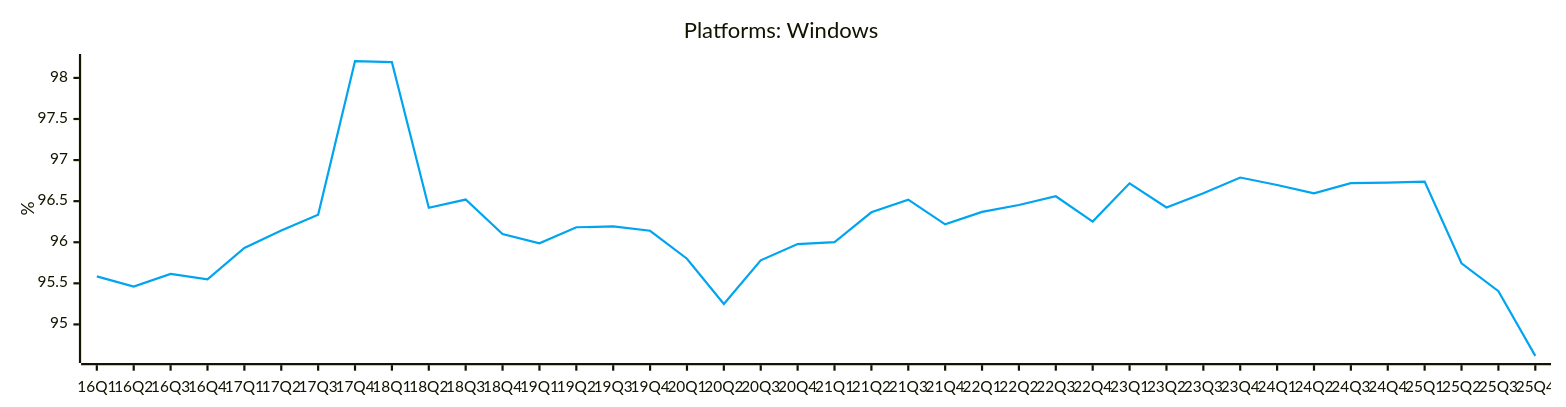
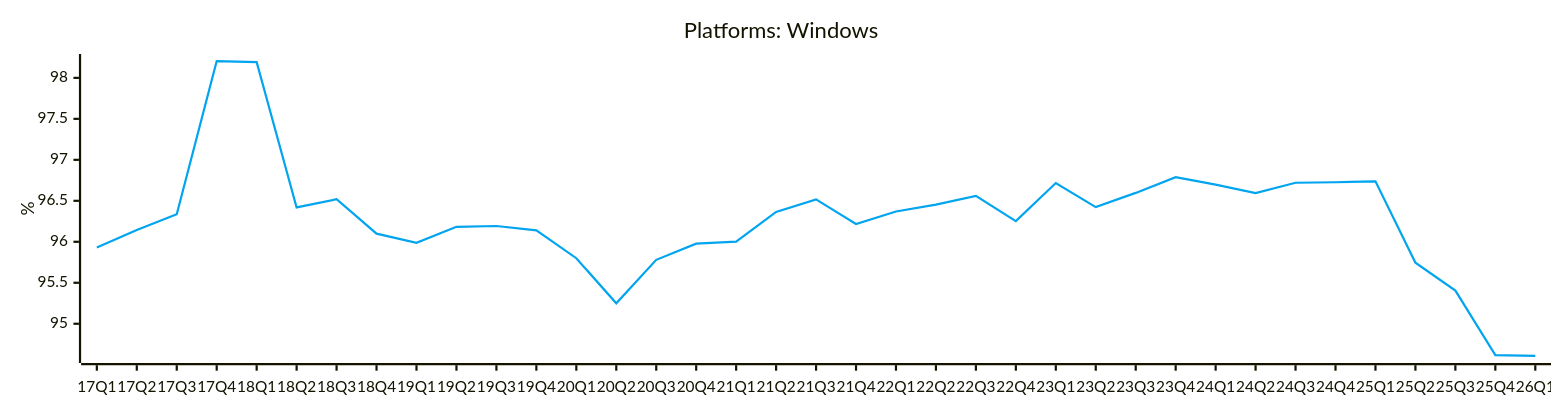
Diagram 13 of 31 in README.md (jdegene/steamHWsurvey), drawn with Mermaid before and after one commit. The commit also changed other lines of this file and 3 other files, not shown here.

````diff
--- a/README.md
+++ b/README.md
@@ -432,19 +432,19 @@
 ```mermaid
 ---
 config:
     xyChart:
         width: 1400
         height: 350
         
     themeVariables:
         xyChart:
             plotColorPalette: "#00A4EF"
 
 --- 
 
 xychart-beta
     title "Platforms: Windows"
-    x-axis [16Q1, 16Q2, 16Q3, 16Q4, 17Q1, 17Q2, 17Q3, 17Q4, 18Q1, 18Q2, 18Q3, 18Q4, 19Q1, 19Q2, 19Q3, 19Q4, 20Q1, 20Q2, 20Q3, 20Q4, 21Q1, 21Q2, 21Q3, 21Q4, 22Q1, 22Q2, 22Q3, 22Q4, 23Q1, 23Q2, 23Q3, 23Q4, 24Q1, 24Q2, 24Q3, 24Q4, 25Q1, 25Q2, 25Q3, 25Q4]
+    x-axis [17Q1, 17Q2, 17Q3, 17Q4, 18Q1, 18Q2, 18Q3, 18Q4, 19Q1, 19Q2, 19Q3, 19Q4, 20Q1, 20Q2, 20Q3, 20Q4, 21Q1, 21Q2, 21Q3, 21Q4, 22Q1, 22Q2, 22Q3, 22Q4, 23Q1, 23Q2, 23Q3, 23Q4, 24Q1, 24Q2, 24Q3, 24Q4, 25Q1, 25Q2, 25Q3, 25Q4, 26Q1]
     y-axis "%" 
-    line [95.58490062691743, 95.46121760937753, 95.61491327028531, 95.54792996655662, 95.93077157802871, 96.14358153189218, 96.335797352114, 98.2051556994227, 98.19224868254287, 96.41927606149704, 96.5195047886008, 96.09970461570235, 95.98653029864667, 96.18231901638656, 96.1924850487725, 96.13973260690635, 95.79966074962071, 95.24887243795703, 95.77968082937306, 95.97729984600053, 96.00093389366951, 96.3644960136504, 96.51791074644787, 96.2178647614611, 96.36945418071323, 96.45358462278665, 96.559659973536, 96.25178127450455, 96.71672771330697, 96.42300386215724, 96.5964455674196, 96.78761180751577, 96.69704930026714, 96.59410712782618, 96.7203836591232, 96.72614773948945, 96.73812324746858, 95.74425762677883, 95.4048291732717, 94.61750116087791]
+    line [95.93077157802871, 96.14358153189218, 96.33579735211399, 98.2051556994227, 98.19224868254287, 96.41927606149704, 96.5195047886008, 96.09970461570235, 95.98653029864667, 96.18231901638656, 96.1924850487725, 96.13973260690635, 95.79966074962071, 95.24887243795703, 95.77968082937306, 95.97729984600053, 96.00093389366951, 96.36449601365037, 96.51791074644787, 96.21786476146109, 96.36945418071323, 96.45358462278665, 96.559659973536, 96.25178127450454, 96.71672771330697, 96.42300386215726, 96.5964455674196, 96.78761180751577, 96.69704930026714, 96.59410712782618, 96.7203836591232, 96.72614773948945, 96.73812324746858, 95.74425762677885, 95.4048291732717, 94.61750116087791, 94.60838251475442]
 ``` 
````
